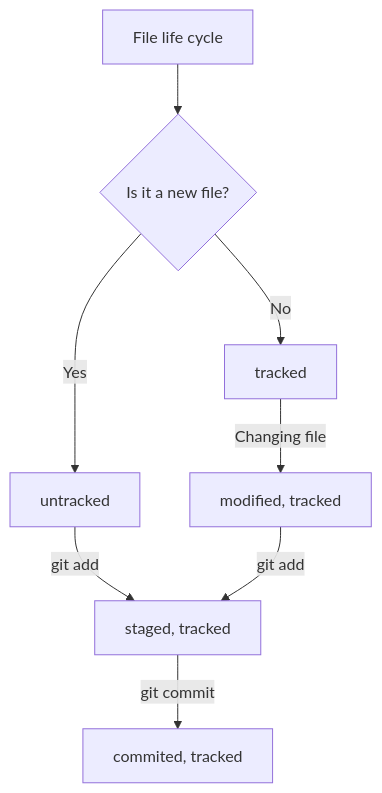
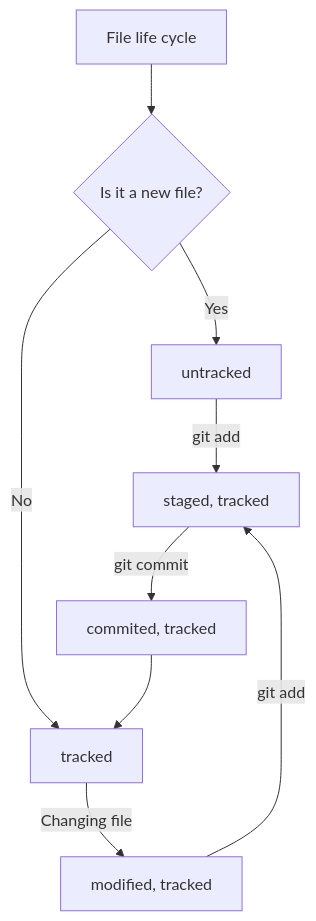
The diagram in README.md (InspectorOfBeauty/yandex-git-course-notes), drawn with Mermaid before and after one commit.

Commit message:
Fix mermaid-scheme about Git file statuses to README.md (4)

````diff
--- a/README.md
+++ b/README.md
@@ -480,10 +480,11 @@
 ```mermaid
 graph TD;
 	A[File life cycle] --> B{Is it a new file?};
 	B -- Yes --> C[untracked];
 	B -- No --> D[tracked];
 	C -- git add --> E[staged, tracked];
 	E -- git commit --> F[commited, tracked];
+	F --> D[tracked]
 	D -- Changing file --> G[modified, tracked];
 	G -- git add --> E[staged, tracked];
 ```
````
